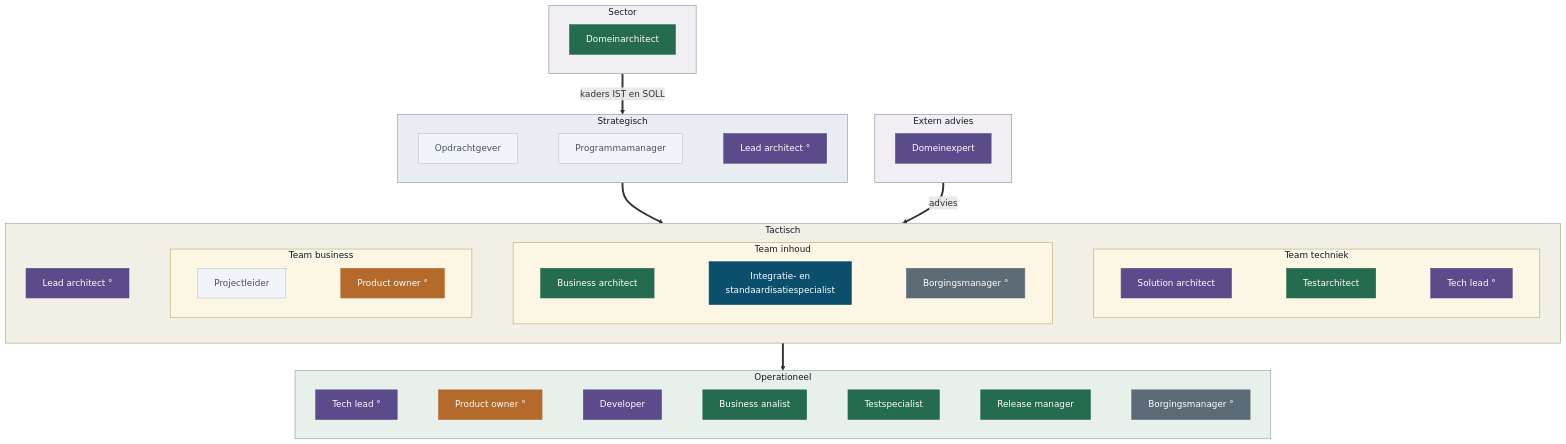
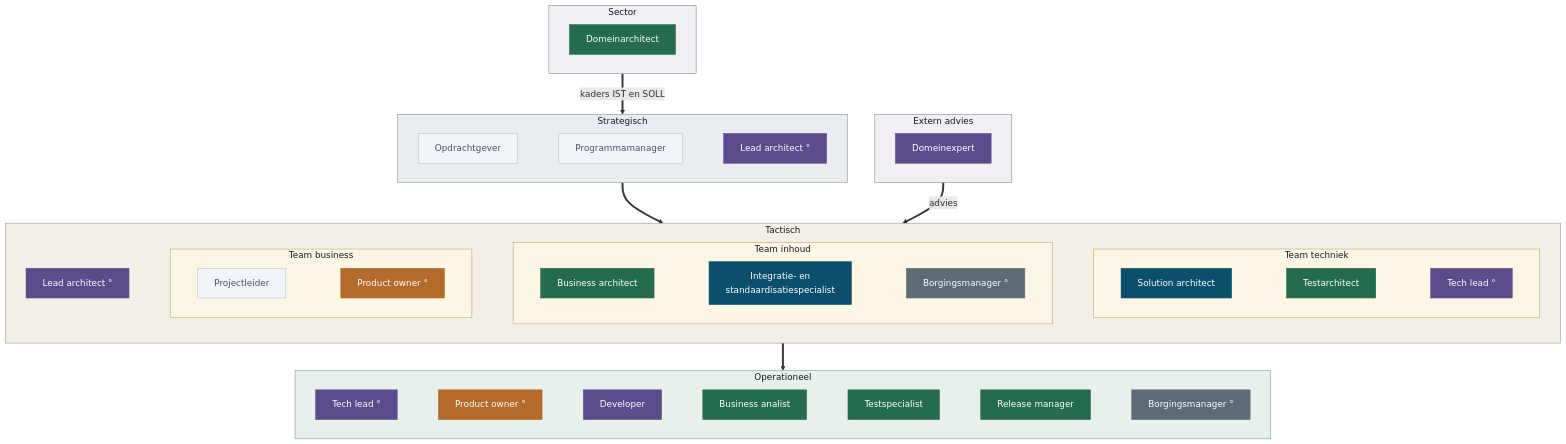
Before and after one commit to Npuls-OKx/meta: the sixth of 6 diagrams in presentaties/src/260903_rollen.md, drawn with Mermaid. The commit also changed other lines of this file and 2 other files, not shown here.

First line of the commit message:
Solution architect blijft bij mij, en product owner is nog geen besluit

````diff
--- a/presentaties/src/260903_rollen.md
+++ b/presentaties/src/260903_rollen.md
@@ -729,69 +729,69 @@
 ```mermaid
 flowchart TB
   subgraph EX["Extern advies"]
     direction LR
     DE["Domeinexpert"]
   end
   subgraph SEC["Sector"]
     direction LR
     DA["Domeinarchitect"]
   end
   subgraph S["Strategisch"]
     direction LR
     OG["Opdrachtgever"] ~~~ PM["Programmamanager"] ~~~ LA1["Lead architect °"]
   end
   subgraph T["Tactisch"]
     direction LR
     LA2["Lead architect °"]
     subgraph TB2["Team business"]
       direction LR
       PL["Projectleider"] ~~~ PO1["Product owner °"]
     end
     subgraph TI["Team inhoud"]
       direction LR
       BAR["Business architect"] ~~~ IS["Integratie- en<br/>standaardisatiespecialist"] ~~~ BM1["Borgingsmanager °"]
     end
     subgraph TT["Team techniek"]
       direction LR
       SA["Solution architect"] ~~~ TA["Testarchitect"] ~~~ TL1["Tech lead °"]
     end
     LA2 ~~~ TB2 ~~~ TI ~~~ TT
   end
   subgraph O["Operationeel"]
     direction LR
     TL2["Tech lead °"] ~~~ PO2["Product owner °"] ~~~ DEV["Developer"] ~~~ BA["Business analist"] ~~~ TE["Testspecialist"] ~~~ RM["Release manager"] ~~~ BM2["Borgingsmanager °"]
   end
   S ==> T
   T ==> O
   EX ==>|advies| T
   SEC ==>|kaders IST en SOLL| S
   style TB2 fill:#fbf7e4,stroke:#b3a55f,color:#111827
   style TI fill:#fbf7e4,stroke:#b3a55f,color:#111827
   style TT fill:#fbf7e4,stroke:#b3a55f,color:#111827
   style EX fill:#f2eff4,stroke:#8c7e94,color:#111827
   style SEC fill:#f2eff4,stroke:#8c7e94,color:#111827
   style S fill:#e9edf2,stroke:#7d8a99,color:#111827
   style T fill:#f2efe7,stroke:#9a9280,color:#111827
   style O fill:#e8f0ec,stroke:#7f9a8c,color:#111827
   style PO1 fill:#B36A2A,stroke:#B36A2A,color:#ffffff
   style PO2 fill:#B36A2A,stroke:#B36A2A,color:#ffffff
   style IS fill:#0B4F6C,stroke:#0B4F6C,color:#ffffff
-  style SA fill:#5B4B8A,stroke:#5B4B8A,color:#ffffff
+  style SA fill:#0B4F6C,stroke:#0B4F6C,color:#ffffff
   style TL1 fill:#5B4B8A,stroke:#5B4B8A,color:#ffffff
   style TL2 fill:#5B4B8A,stroke:#5B4B8A,color:#ffffff
   style LA1 fill:#5B4B8A,stroke:#5B4B8A,color:#ffffff
   style LA2 fill:#5B4B8A,stroke:#5B4B8A,color:#ffffff
   style DEV fill:#5B4B8A,stroke:#5B4B8A,color:#ffffff
   style DE fill:#5B4B8A,stroke:#5B4B8A,color:#ffffff
   style BAR fill:#256B4E,stroke:#256B4E,color:#ffffff
   style BA fill:#256B4E,stroke:#256B4E,color:#ffffff
   style TA fill:#256B4E,stroke:#256B4E,color:#ffffff
   style RM fill:#256B4E,stroke:#256B4E,color:#ffffff
   style TE fill:#256B4E,stroke:#256B4E,color:#ffffff
   style DA fill:#256B4E,stroke:#256B4E,color:#ffffff
   style BM1 fill:#5C6B75,stroke:#5C6B75,color:#ffffff
   style BM2 fill:#5C6B75,stroke:#5C6B75,color:#ffffff
   style OG fill:#f1f4f8,stroke:#b7c0ca,color:#46525f
   style PM fill:#f1f4f8,stroke:#b7c0ca,color:#46525f
   style PL fill:#f1f4f8,stroke:#b7c0ca,color:#46525f
 ```
````
